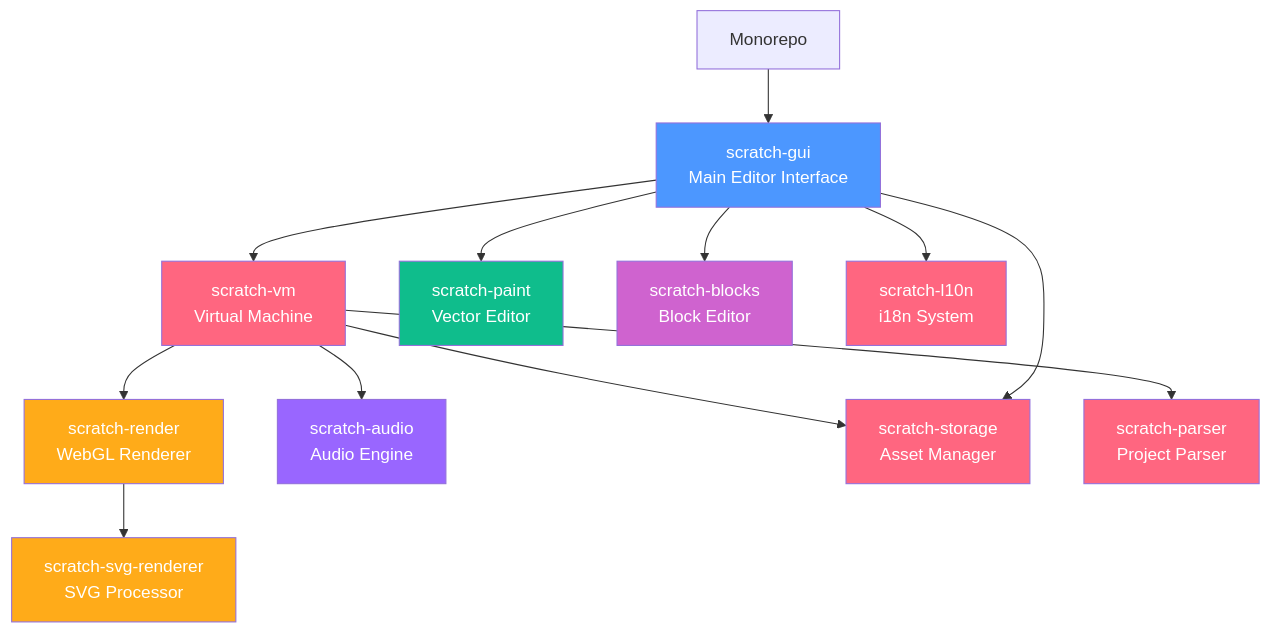
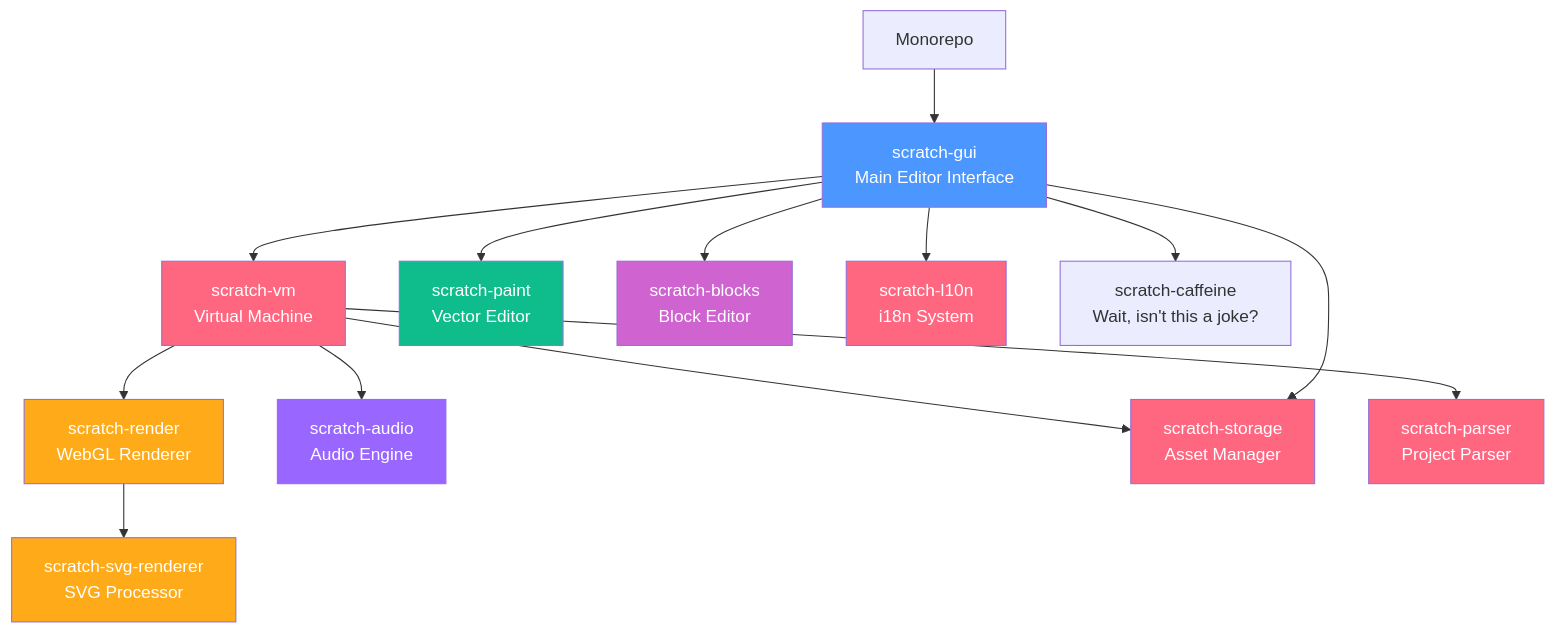
Before and after one commit to OmniBlocks/monorepo: the diagram in README.md, drawn with Mermaid.

Commit message:
I want my joke back please

````diff
--- a/README.md
+++ b/README.md
@@ -100,39 +100,40 @@
 ```mermaid
 graph TD
     MR["Monorepo"] --> A["scratch-gui<br/>Main Editor Interface"]
     A --> B["scratch-vm<br/>Virtual Machine"]
     B --> C["scratch-render<br/>WebGL Renderer"]
     A --> D["scratch-paint<br/>Vector Editor"]
     A --> E["scratch-blocks<br/>Block Editor"]
     B --> F["scratch-audio<br/>Audio Engine"]
     B --> G["scratch-storage<br/>Asset Manager"]
     C --> H["scratch-svg-renderer<br/>SVG Processor"]
     B --> I["scratch-parser<br/>Project Parser"]
     A --> G
     A --> J["scratch-l10n<br/>i18n System"]
+    A --> K["scratch-caffeine<br/>Wait, isn't this a joke?"]
     
     %% Styles
     style A fill:#4C97FF,color:#fff
     style B fill:#FF6680,color:#fff
     style C fill:#FFAB19,color:#fff
     style D fill:#0FBD8C,color:#fff
     style E fill:#CF63CF,color:#fff
     style F fill:#9966FF,color:#fff
     style G fill:#FF6680,color:#fff
     style H fill:#FFAB19,color:#fff
     style I fill:#FF6680,color:#fff
     style J fill:#FF6680,color:#fff
 
     %% Click Interactions
     click A "https://github.com/OmniBlocks/monorepo/tree/main/scratch-gui" "View scratch-gui in monorepo"
     click B "https://github.com/OmniBlocks/monorepo/tree/main/scratch-vm" "View scratch-vm in monorepo"
     click C "https://github.com/OmniBlocks/monorepo/tree/main/scratch-render" "View scratch-render in monorepo"
     click D "https://github.com/OmniBlocks/monorepo/tree/main/scratch-paint" "View scratch-paint in monorepo"
     click E "https://github.com/OmniBlocks/monorepo/tree/main/scratch-blocks" "View scratch-blocks in monorepo"
     click F "https://github.com/OmniBlocks/scratch-audio" "View scratch-audio repo"
     click G "https://github.com/OmniBlocks/scratch-storage" "View scratch-storage repo"
     click H "https://github.com/OmniBlocks/monorepo/tree/main/scratch-svg-renderer" "View scratch-svg-renderer in monorepo"
     click I "https://github.com/OmniBlocks/scratch-parser" "View scratch-parser repo"
     click J "https://github.com/OmniBlocks/scratch-l10n" "View scratch-l10n repo"
-    click K "https://github.com/OmniBlocks/" "Us. This is us :D"
+    click K "https://www.folgerscoffee.com/" "Why does it even link to Folger Coffee?!"
 ```
````
